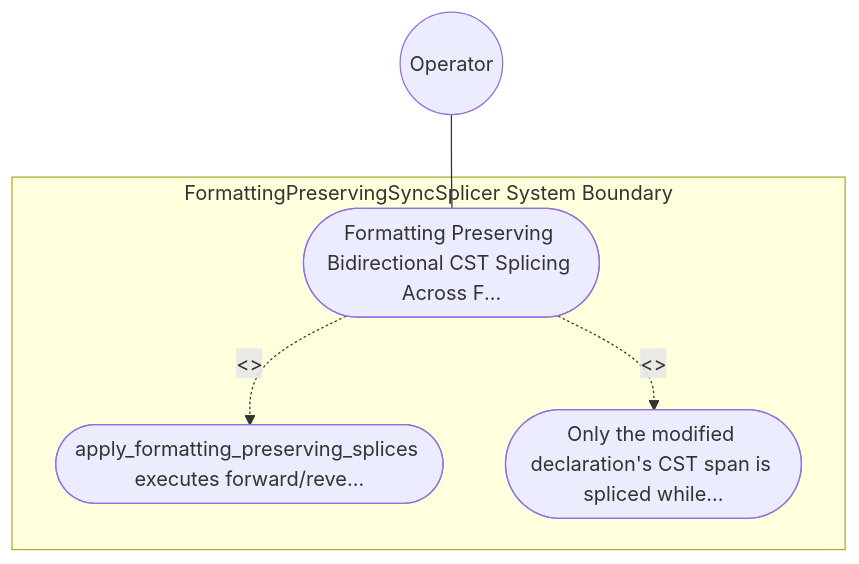
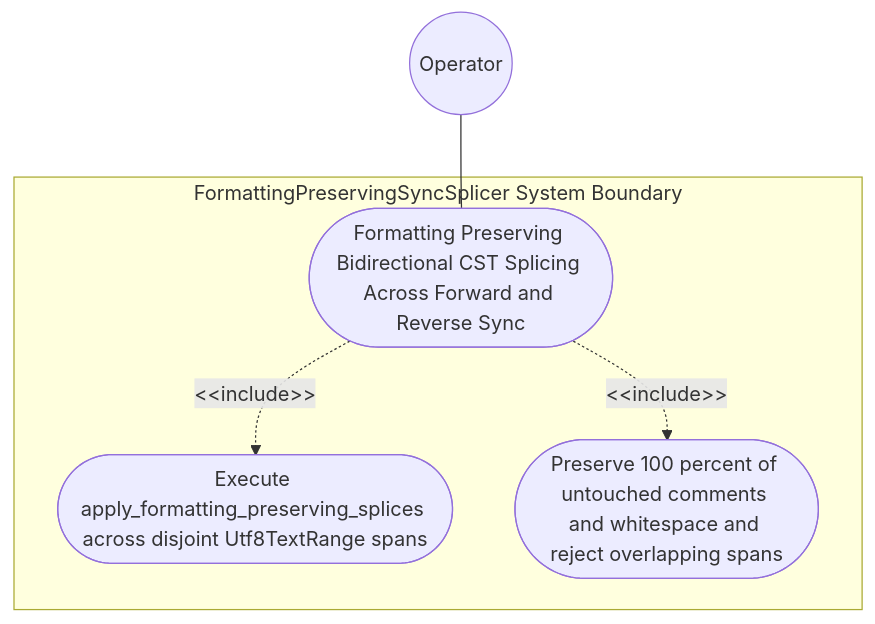
Before and after one commit to gintatkinson/DEAP01-spec-core: the diagram in .pipeline/upstream/docs/use-cases/UC-54-Formatting_Preserving_Bidirectional_CST_Splicing_Across_Forward_and_Reverse_Sync.md, drawn with Mermaid. The commit also changed other lines of this file and 225 other files, not shown here.

````diff
--- a/.pipeline/upstream/docs/use-cases/UC-54-Formatting_Preserving_Bidirectional_CST_Splicing_Across_Forward_and_Reverse_Sync.md
+++ b/.pipeline/upstream/docs/use-cases/UC-54-Formatting_Preserving_Bidirectional_CST_Splicing_Across_Forward_and_Reverse_Sync.md
@@ -16,11 +16,11 @@
 ```mermaid
 graph TD
     subgraph "FormattingPreservingSyncSplicer System Boundary"
-        UC_Main(["Formatting Preserving Bidirectional CST Splicing Across F..."])
-        UC_Step01(["apply_formatting_preserving_splices executes forward/reve..."])
-        UC_Step02(["Only the modified declaration's CST span is spliced while..."])
+        UC_Main(["Formatting Preserving Bidirectional CST Splicing Across Forward and Reverse Sync"])
+        UC_Step01(["Execute apply_formatting_preserving_splices across disjoint Utf8TextRange spans"])
+        UC_Step02(["Preserve 100 percent of untouched comments and whitespace and reject overlapping spans"])
     end
     Operator(("Operator")) --- UC_Main
-    UC_Main -. "<<include>>" .-> UC_Step01
-    UC_Main -. "<<include>>" .-> UC_Step02
+    UC_Main -. "&lt;&lt;include&gt;&gt;" .-> UC_Step01
+    UC_Main -. "&lt;&lt;include&gt;&gt;" .-> UC_Step02
 ```
````
